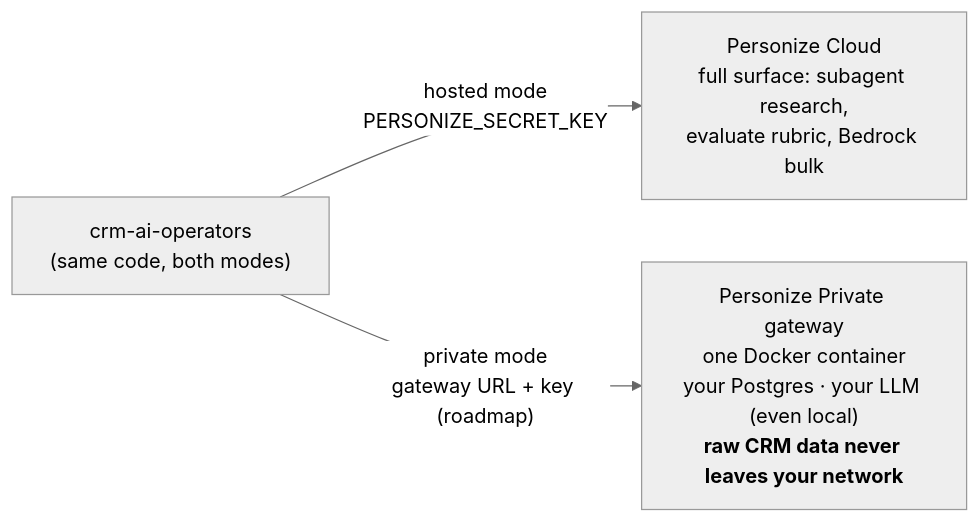
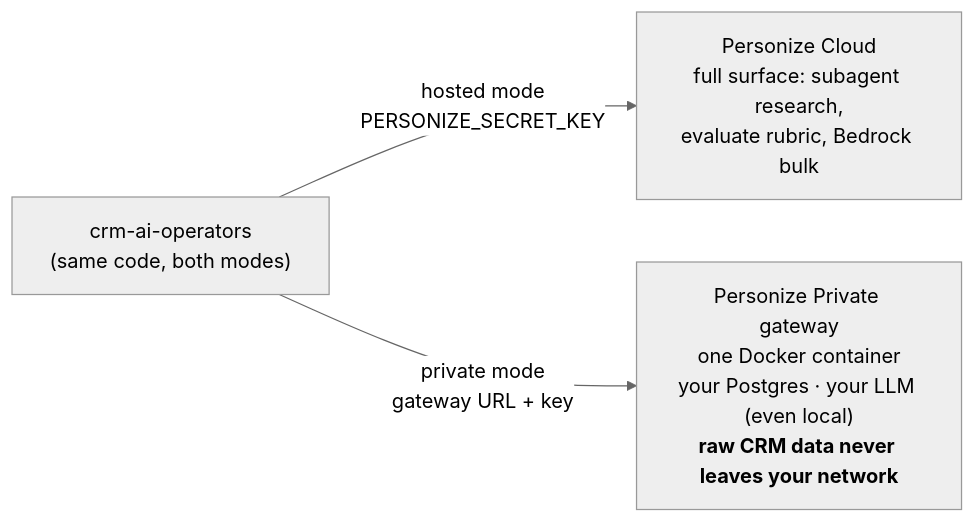
One commit to personizeai/crm-ai-operators changed the fourth of 4 diagrams in docs/ARCHITECTURE.md. Above: the diagram before and after it, drawn with Mermaid (neutral theme). The commit also changed other lines of this file and 7 other files, not shown here.

First line of the commit message:
docs: correct post-merge drift — op count, dispatch patterns, private mode

````diff
--- a/docs/ARCHITECTURE.md
+++ b/docs/ARCHITECTURE.md
@@ -91,6 +93,6 @@
 ```mermaid
 flowchart LR
   E["crm-ai-operators<br/>(same code, both modes)"]
   E -->|"hosted mode<br/>PERSONIZE_SECRET_KEY"| H["Personize Cloud<br/>full surface: subagent research,<br/>evaluate rubric, Bedrock bulk"]
-  E -->|"private mode<br/>gateway URL + key (roadmap)"| G["Personize Private gateway<br/>one Docker container<br/>your Postgres · your LLM (even local)<br/><b>raw CRM data never leaves your network</b>"]
+  E -->|"private mode<br/>gateway URL + key"| G["Personize Private gateway<br/>one Docker container<br/>your Postgres · your LLM (even local)<br/><b>raw CRM data never leaves your network</b>"]
 ```
````
